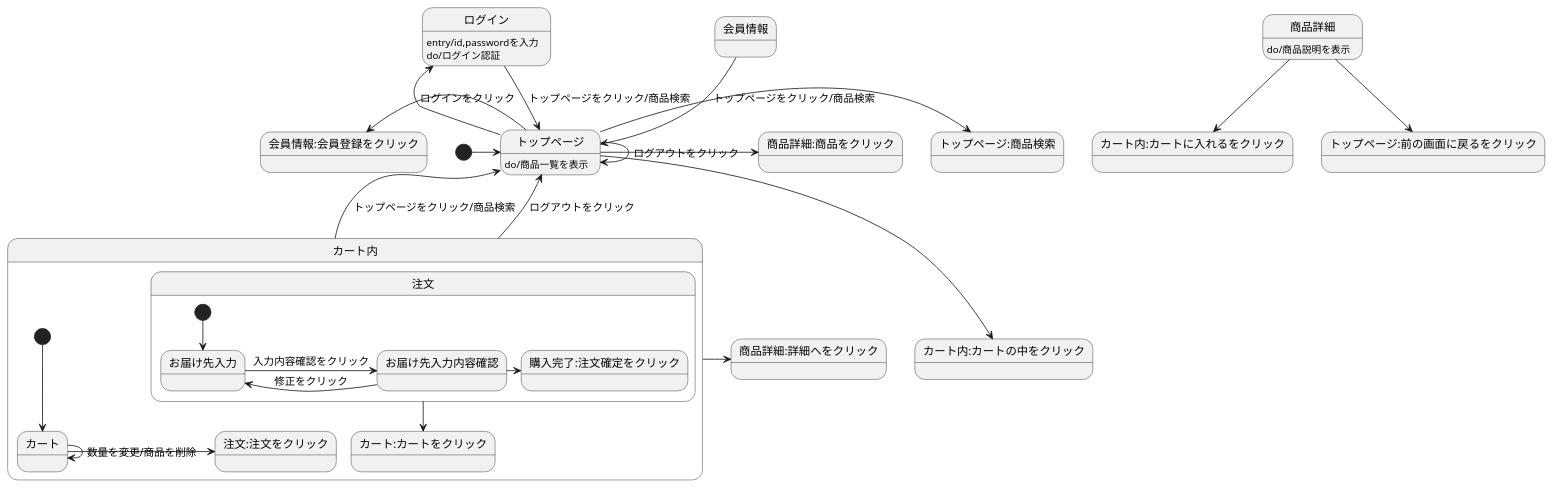
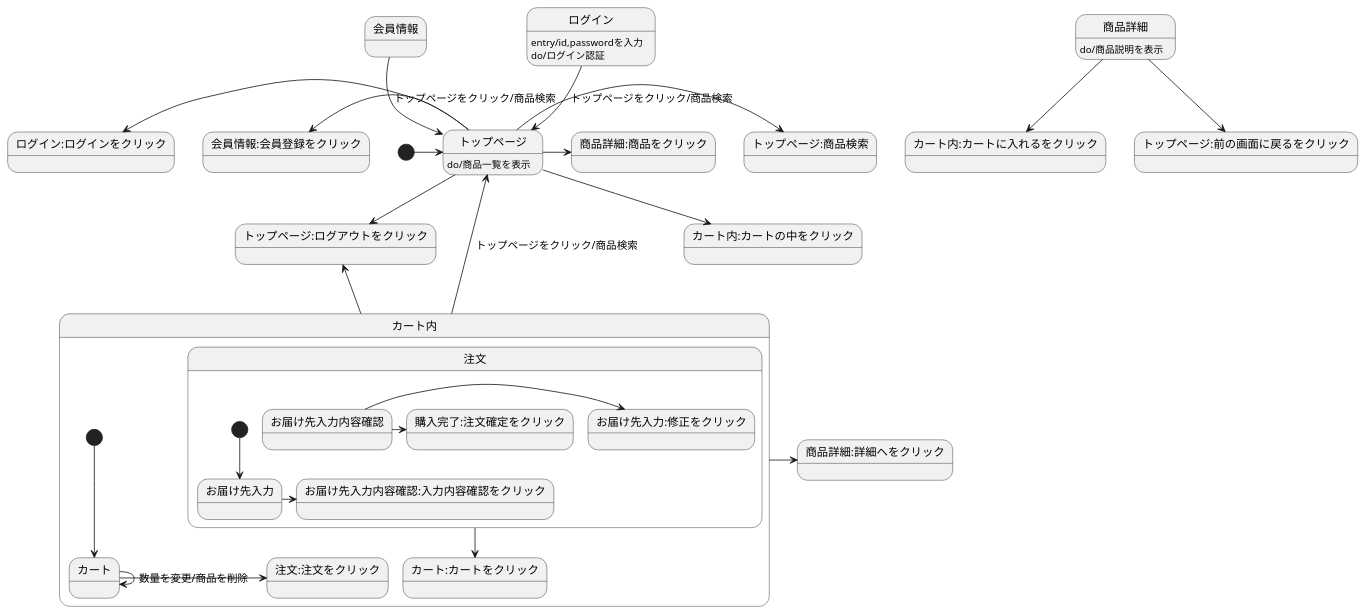
The diagram in stm01.md (Aso2001147/2021sys-design), drawn with PlantUML before and after one commit.

````diff
--- a/stm01.md
+++ b/stm01.md
@@ -2,36 +2,37 @@
 ```uml 
 @startuml
 
 [*] -> トップページ
 会員情報 -->トップページ:トップページをクリック/商品検索
 ログイン --> トップページ:トップページをクリック/商品検索
 ログイン :entry/id,passwordを入力
 ログイン :do/ログイン認証
-トップページ -->トップページ: ログアウトをクリック
+トップページ -->トップページ:ログアウトをクリック
 トップページ -> トップページ:商品検索
 トップページ -> 商品詳細:商品をクリック
 トップページ -left-> 会員情報:会員登録をクリック
-トップページ -left-> ログイン: ログインをクリック
+トップページ -left-> ログイン:ログインをクリック
 トップページ --> カート内:カートの中をクリック
 トップページ:do/商品一覧を表示
 商品詳細 --> カート内:カートに入れるをクリック
 商品詳細 --> トップページ:前の画面に戻るをクリック
 商品詳細:do/商品説明を表示
 カート内 -up-> トップページ:トップページをクリック/商品検索
-カート内 -up-> トップページ: ログアウトをクリック 
+カート内 -up-> トップページ:ログアウトをクリック 
 カート内 -> 商品詳細:詳細へをクリック
+
 state カート内{ 
- [*]--> カート 
+ [*] --> カート 
  カート -> 注文:注文をクリック 
  カート -> カート:数量を変更/商品を削除
  注文 --> カート:カートをクリック
  state 注文{
-  [*]--> お届け先入力 
-  お届け先入力 -> お届け先入力内容確認: 入力内容確認をクリック 
-  お届け先入力内容確認 -> お届け先入力: 修正をクリック 
+  [*] --> お届け先入力 
+  お届け先入力 -> お届け先入力内容確認:入力内容確認をクリック 
+  お届け先入力内容確認 -> お届け先入力:修正をクリック 
   お届け先入力内容確認 -> 購入完了:注文確定をクリック
  }
 }
 
 @enduml
 ```
````
